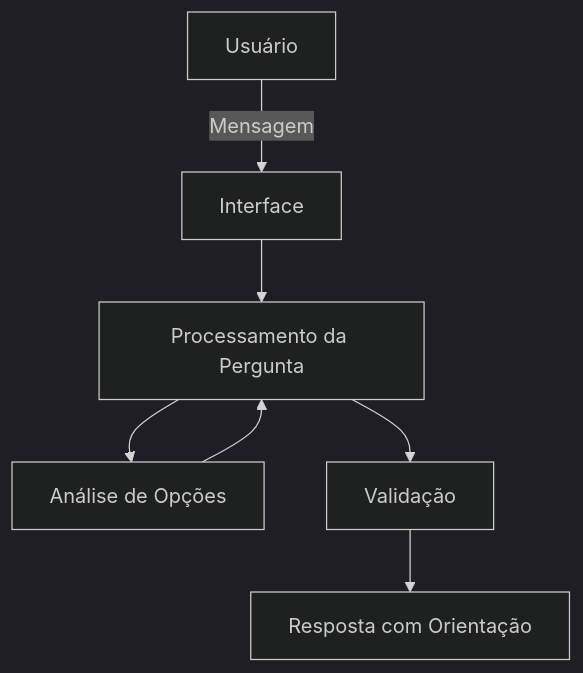
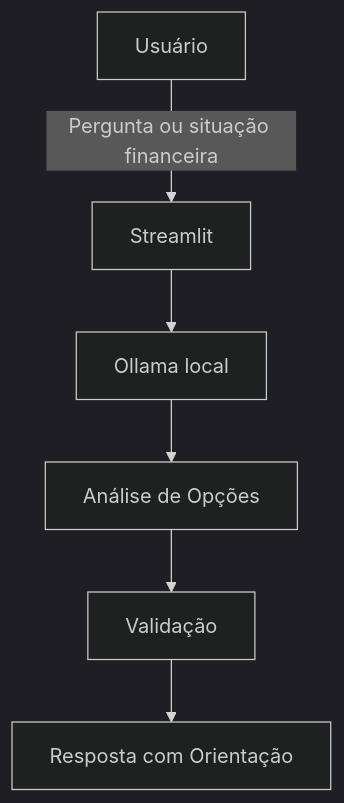
Before and after one commit to julianasilvadealmeida808-rgb/dio-lab-bia-do-futuro: the diagram in docs/01-documentacao-agente.md, drawn with Mermaid (dark theme). The commit also changed other lines of this file, not shown here.

````diff
--- a/docs/01-documentacao-agente.md
+++ b/docs/01-documentacao-agente.md
@@ -38,9 +38,8 @@
 ```mermaid
 flowchart TD
-    A[Usuário] -->|Mensagem| B[Interface]
-    B --> C[Processamento da Pergunta]
+    A[Usuário] -->|Pergunta ou situação financeira| B[Streamlit]
+    B --> C[Ollama local]
     C --> D[Análise de Opções]
-    D --> C
-    C --> E[Validação]
+    D --> E[Validação]
     E --> F[Resposta com Orientação]
 ```
````
